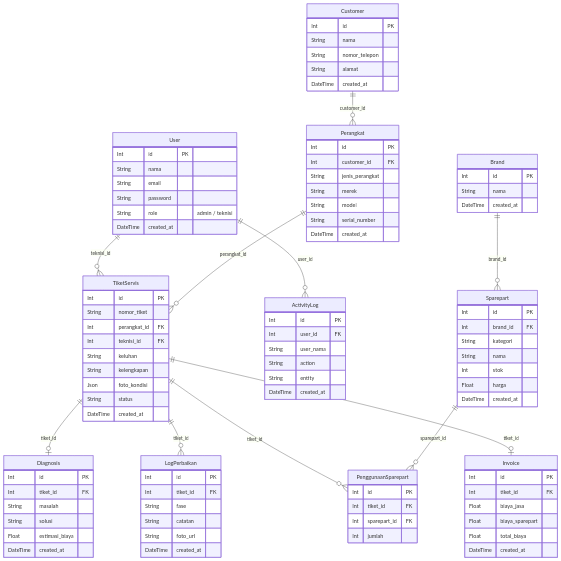
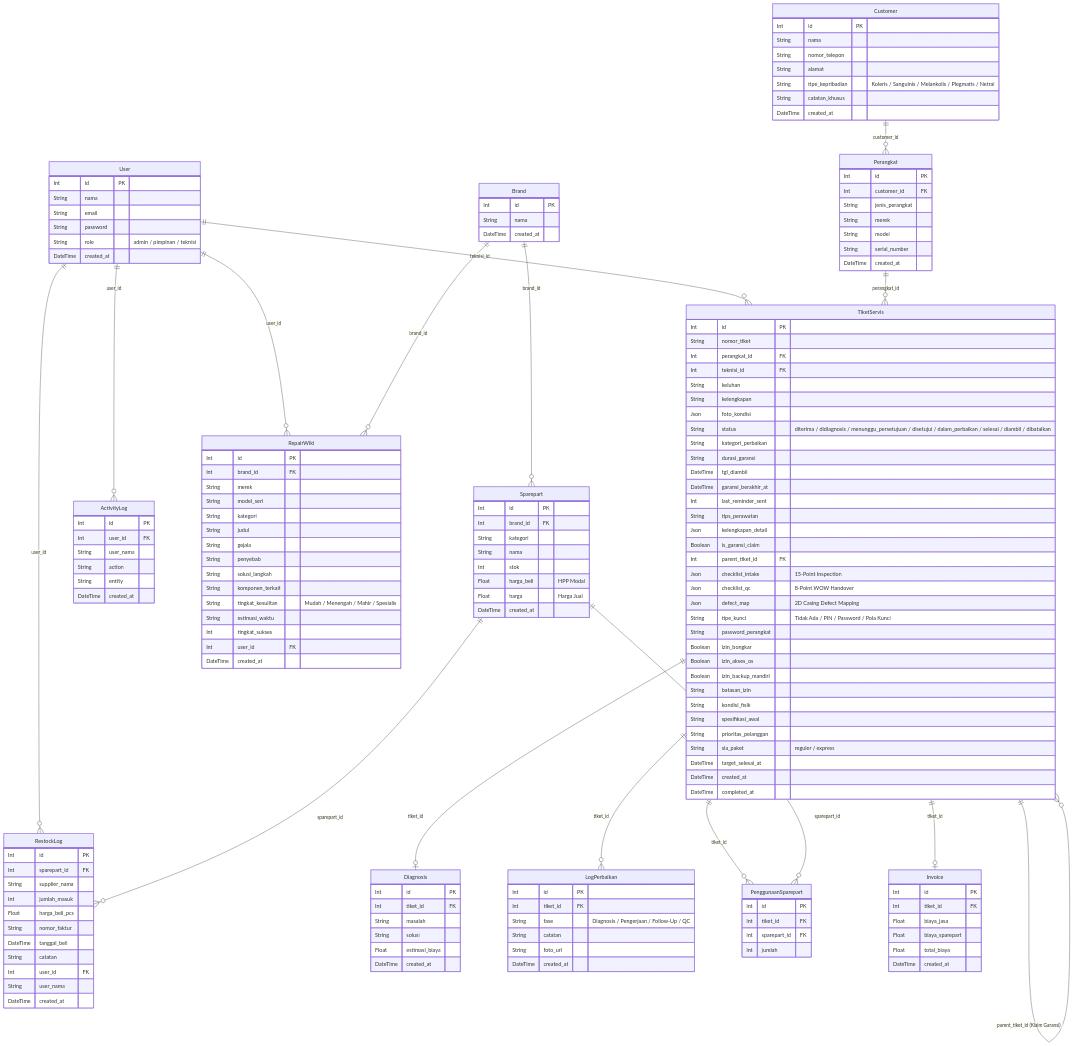
The first of 3 diagrams in README.md (halfthew0rldaway/yvs), drawn with Mermaid before and after one commit. The commit also changed other lines of this file and 235 other files, not shown here.

```diff
--- a/README.md
+++ b/README.md
@@ -93,12 +105,14 @@
 erDiagram
     User ||--o{ TiketServis : "teknisi_id"
     User ||--o{ ActivityLog : "user_id"
+    User ||--o{ RestockLog : "user_id"
+    User ||--o{ RepairWiki : "user_id"
     User {
         Int id PK
         String nama
         String email
         String password
-        String role "admin / teknisi"
+        String role "admin / pimpinan / teknisi"
         DateTime created_at
     }
 
@@ -108,6 +122,8 @@
         String nama
         String nomor_telepon
         String alamat
+        String tipe_kepribadian "Koleris / Sanguinis / Melankolis / Plegmatis / Netral"
+        String catatan_khusus
         DateTime created_at
     }
 
@@ -126,6 +142,7 @@
     TiketServis ||--o{ LogPerbaikan : "tiket_id"
     TiketServis ||--o{ PenggunaanSparepart : "tiket_id"
     TiketServis ||--o| Invoice : "tiket_id"
+    TiketServis ||--o{ TiketServis : "parent_tiket_id (Klaim Garansi)"
     TiketServis {
         Int id PK
         String nomor_tiket
@@ -134,8 +151,32 @@
         String keluhan
         String kelengkapan
         Json foto_kondisi
-        String status
+        String status "diterima / didiagnosis / menunggu_persetujuan / disetujui / dalam_perbaikan / selesai / diambil / dibatalkan"
+        String kategori_perbaikan
+        String durasi_garansi
+        DateTime tgl_diambil
+        DateTime garansi_berakhir_at
+        Int last_reminder_sent
+        String tips_perawatan
+        Json kelengkapan_detail
+        Boolean is_garansi_claim
+        Int parent_tiket_id FK
+        Json checklist_intake "15-Point Inspection"
+        Json checklist_qc "8-Point WOW Handover"
+        Json defect_map "2D Casing Defect Mapping"
+        String tipe_kunci "Tidak Ada / PIN / Password / Pola Kunci"
+        String password_perangkat
+        Boolean izin_bongkar
+        Boolean izin_akses_os
+        Boolean izin_backup_mandiri
+        String batasan_izin
+        String kondisi_fisik
+        String spesifikasi_awal
+        String prioritas_pelanggan
+        String sla_paket "reguler / express"
+        DateTime target_selesai_at
         DateTime created_at
+        DateTime completed_at
     }
 
     Diagnosis {
@@ -150,13 +191,14 @@
     LogPerbaikan {
         Int id PK
         Int tiket_id FK
-        String fase
+        String fase "Diagnosis / Pengerjaan / Follow-Up / QC"
         String catatan
         String foto_url
         DateTime created_at
     }
 
     Brand ||--o{ Sparepart : "brand_id"
+    Brand ||--o{ RepairWiki : "brand_id"
     Brand {
         Int id PK
         String nama
@@ -164,13 +206,15 @@
     }
 
     Sparepart ||--o{ PenggunaanSparepart : "sparepart_id"
+    Sparepart ||--o{ RestockLog : "sparepart_id"
     Sparepart {
         Int id PK
         Int brand_id FK
         String kategori
         String nama
         Int stok
-        Float harga
+        Float harga_beli "HPP Modal"
+        Float harga "Harga Jual"
         DateTime created_at
     }
 
@@ -179,6 +223,38 @@
         Int tiket_id FK
         Int sparepart_id FK
         Int jumlah
+    }
+
+    RestockLog {
+        Int id PK
+        Int sparepart_id FK
+        String supplier_nama
+        Int jumlah_masuk
+        Float harga_beli_pcs
+        String nomor_faktur
+        DateTime tanggal_beli
+        String catatan
+        Int user_id FK
+        String user_nama
+        DateTime created_at
+    }
+
+    RepairWiki {
+        Int id PK
+        Int brand_id FK
+        String merek
+        String model_seri
+        String kategori
+        String judul
+        String gejala
+        String penyebab
+        String solusi_langkah
+        String komponen_terkait
+        String tingkat_kesulitan "Mudah / Menengah / Mahir / Spesialis"
+        String estimasi_waktu
+        Int tingkat_sukses
+        Int user_id FK
+        DateTime created_at
     }
 
     Invoice {
```
